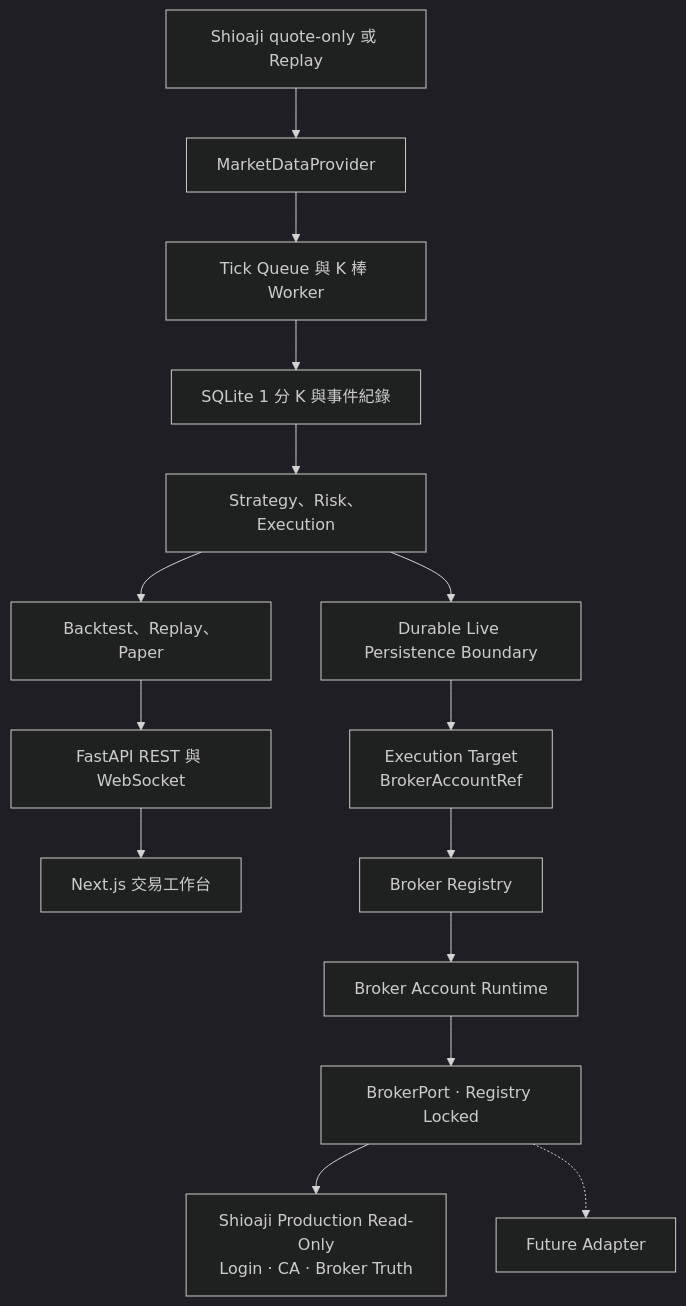
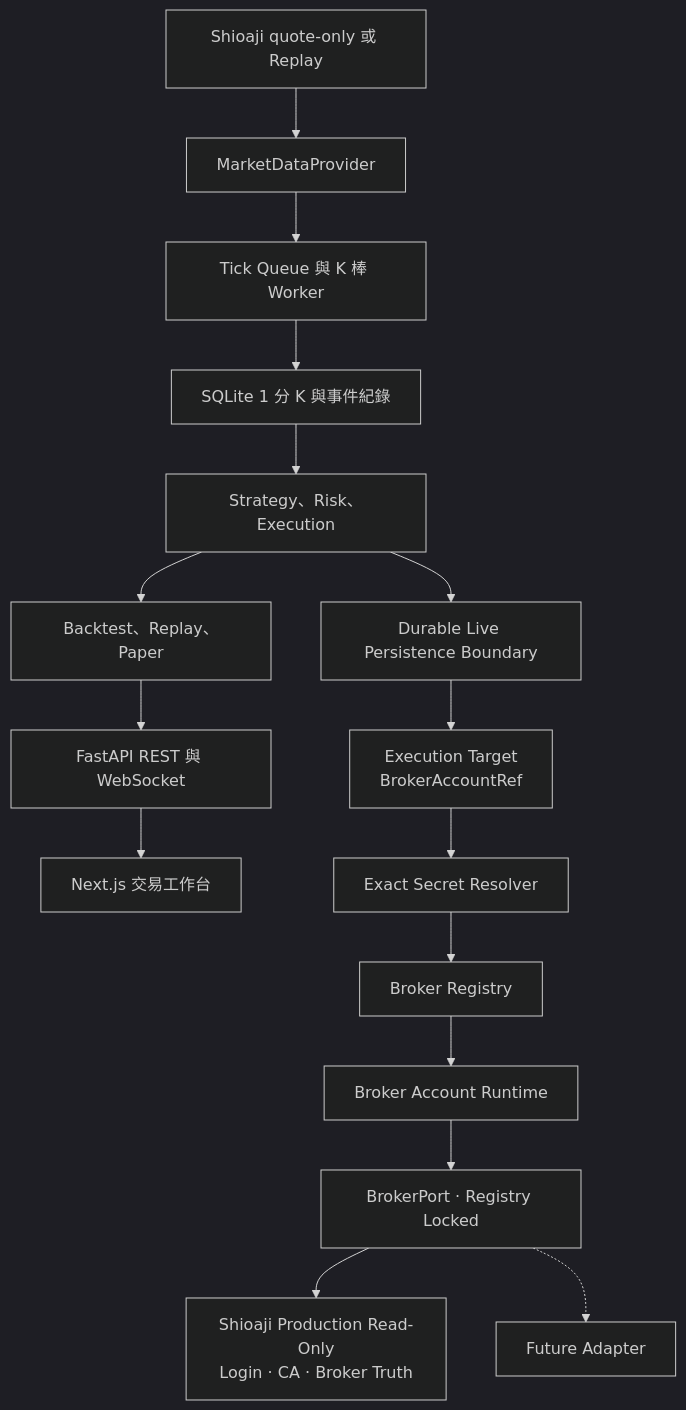
Before and after one commit to 3pwei/codex-tw-quant-trading-system: the first of 3 diagrams in README.md, drawn with Mermaid (dark theme). The commit also changed other lines of this file and 12 other files, not shown here.

First line of the commit message:
feat: add per-target broker secret resolution (#119)

````diff
--- a/README.md
+++ b/README.md
@@ -34,17 +34,18 @@
 ```mermaid
 flowchart TD
     A["Shioaji quote-only 或 Replay"] --> B["MarketDataProvider"]
     B --> C["Tick Queue 與 K 棒 Worker"]
     C --> D["SQLite 1 分 K 與事件紀錄"]
     D --> E["Strategy、Risk、Execution"]
     E --> F["Backtest、Replay、Paper"]
     F --> G["FastAPI REST 與 WebSocket"]
     G --> H["Next.js 交易工作台"]
     E --> I["Durable Live Persistence Boundary"]
     I --> J["Execution Target<br/>BrokerAccountRef"]
-    J --> K["Broker Registry"]
-    K --> L["Broker Account Runtime"]
-    L --> M["BrokerPort · Registry Locked"]
-    M --> N["Shioaji Production Read-Only<br/>Login · CA · Broker Truth"]
-    M -.-> O["Future Adapter"]
+    J --> K["Exact Secret Resolver"]
+    K --> L["Broker Registry"]
+    L --> M["Broker Account Runtime"]
+    M --> N["BrokerPort · Registry Locked"]
+    N --> O["Shioaji Production Read-Only<br/>Login · CA · Broker Truth"]
+    N -.-> P["Future Adapter"]
 ```
````
